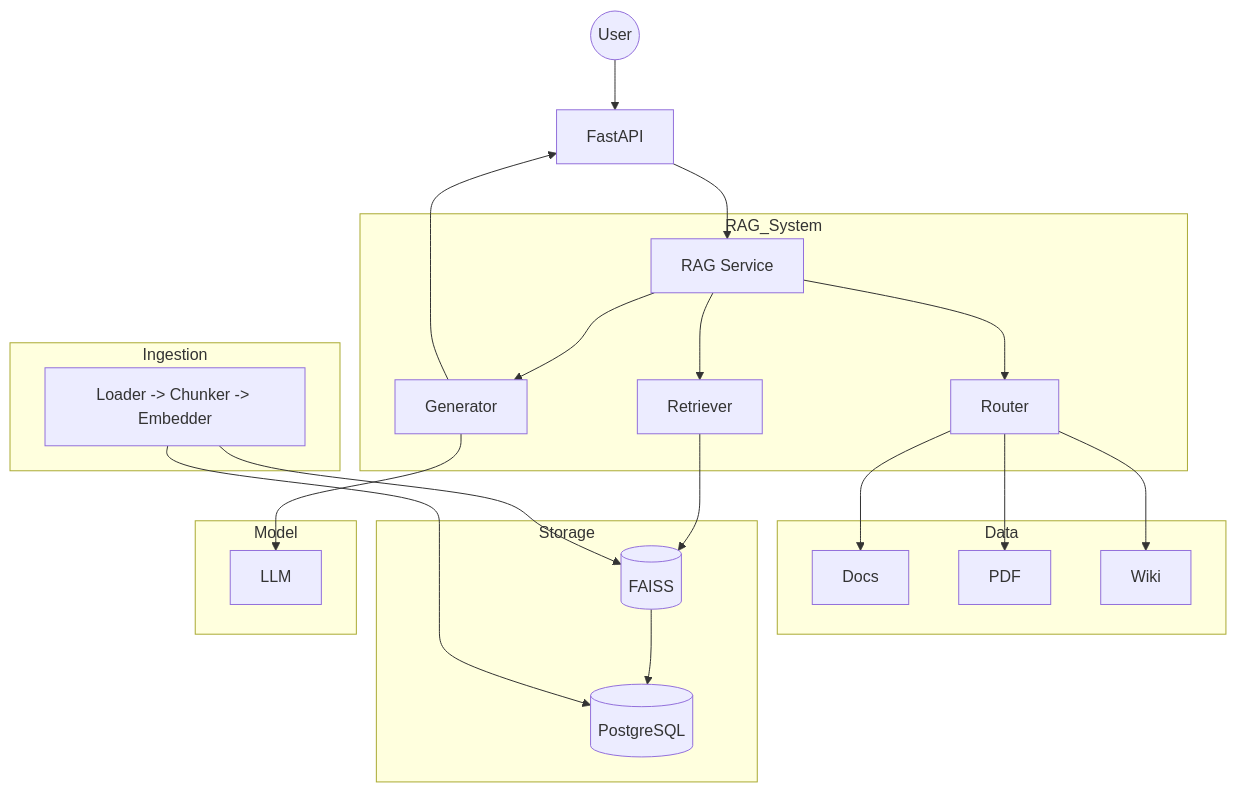
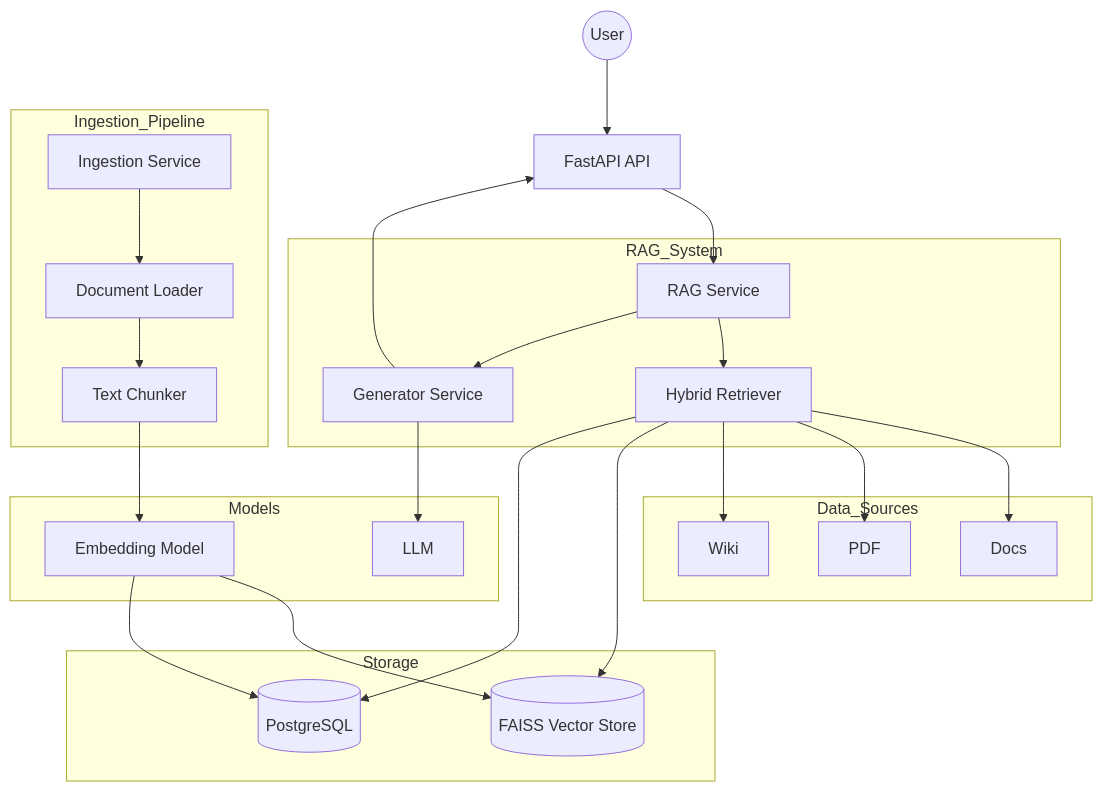
Before and after one commit to AhmedEssamSaber/Multi-Source-RAG: the diagram in README.md, drawn with Mermaid. The commit also changed other lines of this file, not shown here.

````diff
--- a/README.md
+++ b/README.md
@@ -7,54 +9,60 @@
 ```mermaid
 graph TD
 
     USER((User))
-    API[FastAPI]
+    API[FastAPI API]
 
     USER --> API
 
     subgraph RAG_System
         RAG[RAG Service]
-        ROUTER[Router]
-        RETRIEVER[Retriever]
-        GENERATOR[Generator]
 
-        RAG --> ROUTER
+        RETRIEVER[Hybrid Retriever]
+        GENERATOR[Generator Service]
+
         RAG --> RETRIEVER
         RAG --> GENERATOR
     end
 
     API --> RAG
 
-    subgraph Data
+    subgraph Data_Sources
         DOCS[Docs]
         PDF[PDF]
         WIKI[Wiki]
     end
 
-    ROUTER --> DOCS
-    ROUTER --> PDF
-    ROUTER --> WIKI
+    RETRIEVER --> DOCS
+    RETRIEVER --> PDF
+    RETRIEVER --> WIKI
 
     subgraph Storage
+        VECTOR[(FAISS Vector Store)]
         DB[(PostgreSQL)]
-        VECTOR[(FAISS)]
     end
 
     RETRIEVER --> VECTOR
-    VECTOR --> DB
+    RETRIEVER --> DB
 
-    subgraph Model
+    subgraph Models
+        EMBED[Embedding Model]
         LLM[LLM]
     end
 
     GENERATOR --> LLM
 
-    subgraph Ingestion
-        INGEST[Loader -> Chunker -> Embedder]
+    subgraph Ingestion_Pipeline
+        LOADER[Document Loader]
+        CHUNKER[Text Chunker]
+        INGEST[Ingestion Service]
     end
 
-    INGEST --> DB
-    INGEST --> VECTOR
+    LOADER --> CHUNKER
+    CHUNKER --> EMBED
+    EMBED --> VECTOR
+    EMBED --> DB
+
+    INGEST --> LOADER
 
     GENERATOR --> API
 ```
````
